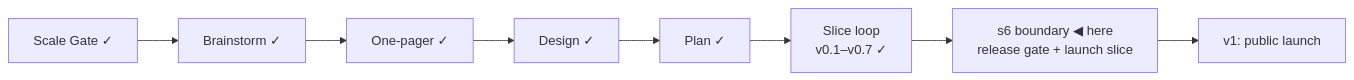
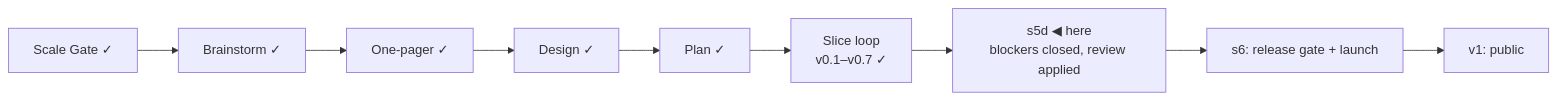
The diagram in STATUS.md (OytunOnal/permit-rulebook), drawn with Mermaid before and after one commit. The commit also changed other lines of this file and 2 other files, not shown here.

Commit message:
name gate closed: Permit Rulebook, one name, renamed at the v1 tag

````diff
--- a/STATUS.md
+++ b/STATUS.md
@@ -10,7 +11,8 @@
 ```mermaid
 flowchart LR
     A[Scale Gate ✓] --> B[Brainstorm ✓] --> C[One-pager ✓] --> D[Design ✓] --> E[Plan ✓]
     E --> F["Slice loop<br/>v0.1–v0.7 ✓"]
-    F --> G["s6 boundary ◀ here<br/>release gate + launch slice"]
-    G --> H[v1: public launch]
+    F --> G["s5d ◀ here<br/>blockers closed, review applied"]
+    G --> H[s6: release gate + launch]
+    H --> I[v1: public]
 ```
````
